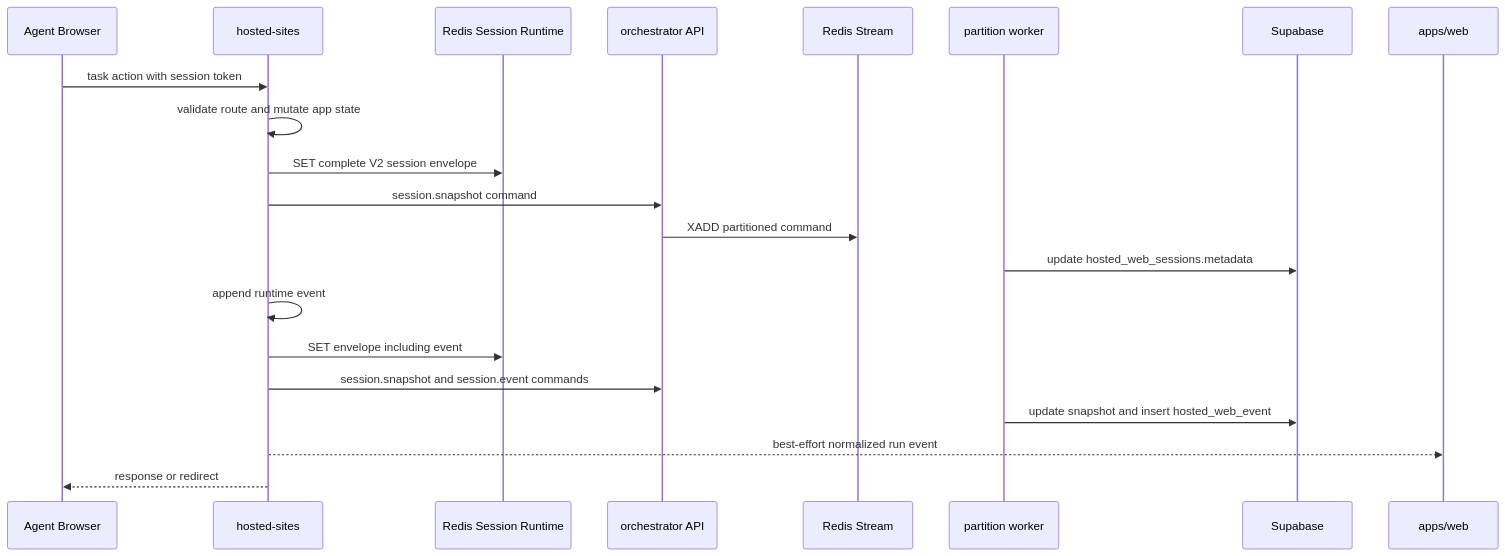
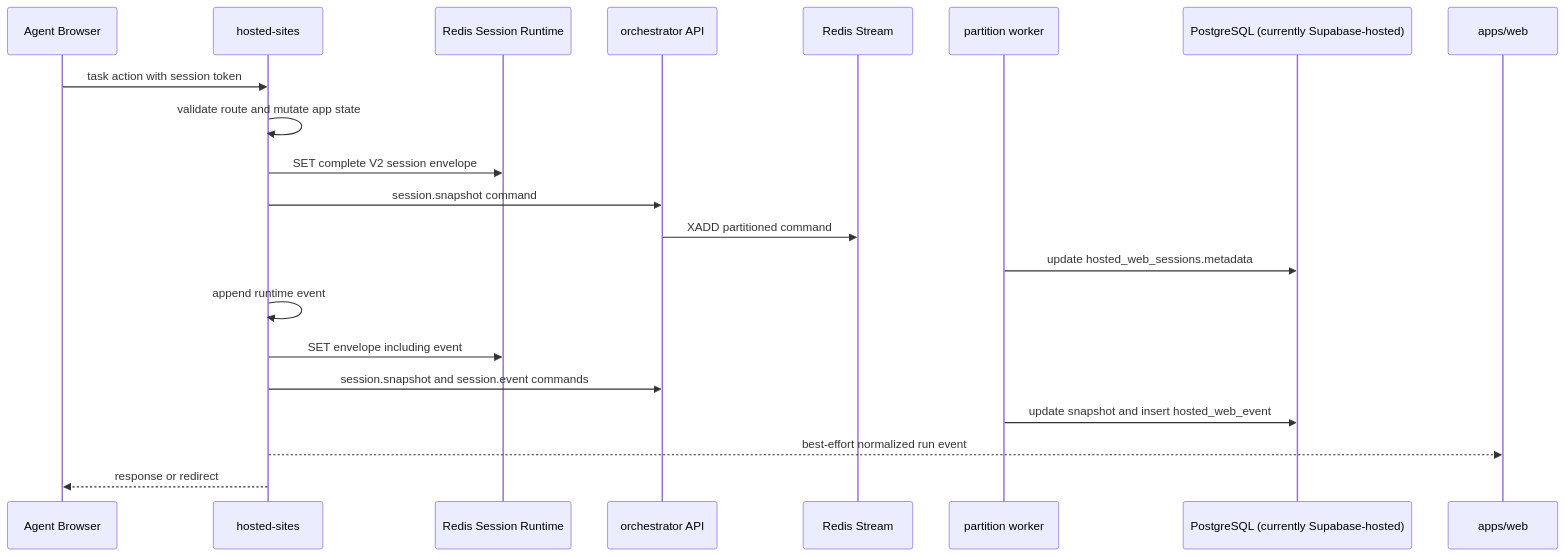
The third of 5 diagrams in docs/data-flow.md (Kaiwen0418/agent-benchmark), drawn with Mermaid before and after one commit. The commit also changed other lines of this file and 36 other files, not shown here.

````diff
--- a/docs/data-flow.md
+++ b/docs/data-flow.md
@@ -60,24 +66,24 @@
 ```mermaid
 sequenceDiagram
   participant A as Agent Browser
   participant H as hosted-sites
   participant C as Redis Session Runtime
   participant O as orchestrator API
   participant S as Redis Stream
   participant K as partition worker
-  participant D as Supabase
+  participant D as PostgreSQL (currently Supabase-hosted)
   participant W as apps/web
 
   A->>H: task action with session token
   H->>H: validate route and mutate app state
   H->>C: SET complete V2 session envelope
   H->>O: session.snapshot command
   O->>S: XADD partitioned command
   K->>D: update hosted_web_sessions.metadata
   H->>H: append runtime event
   H->>C: SET envelope including event
   H->>O: session.snapshot and session.event commands
   K->>D: update snapshot and insert hosted_web_event
   H-->>W: best-effort normalized run event
   H-->>A: response or redirect
 ```
````
